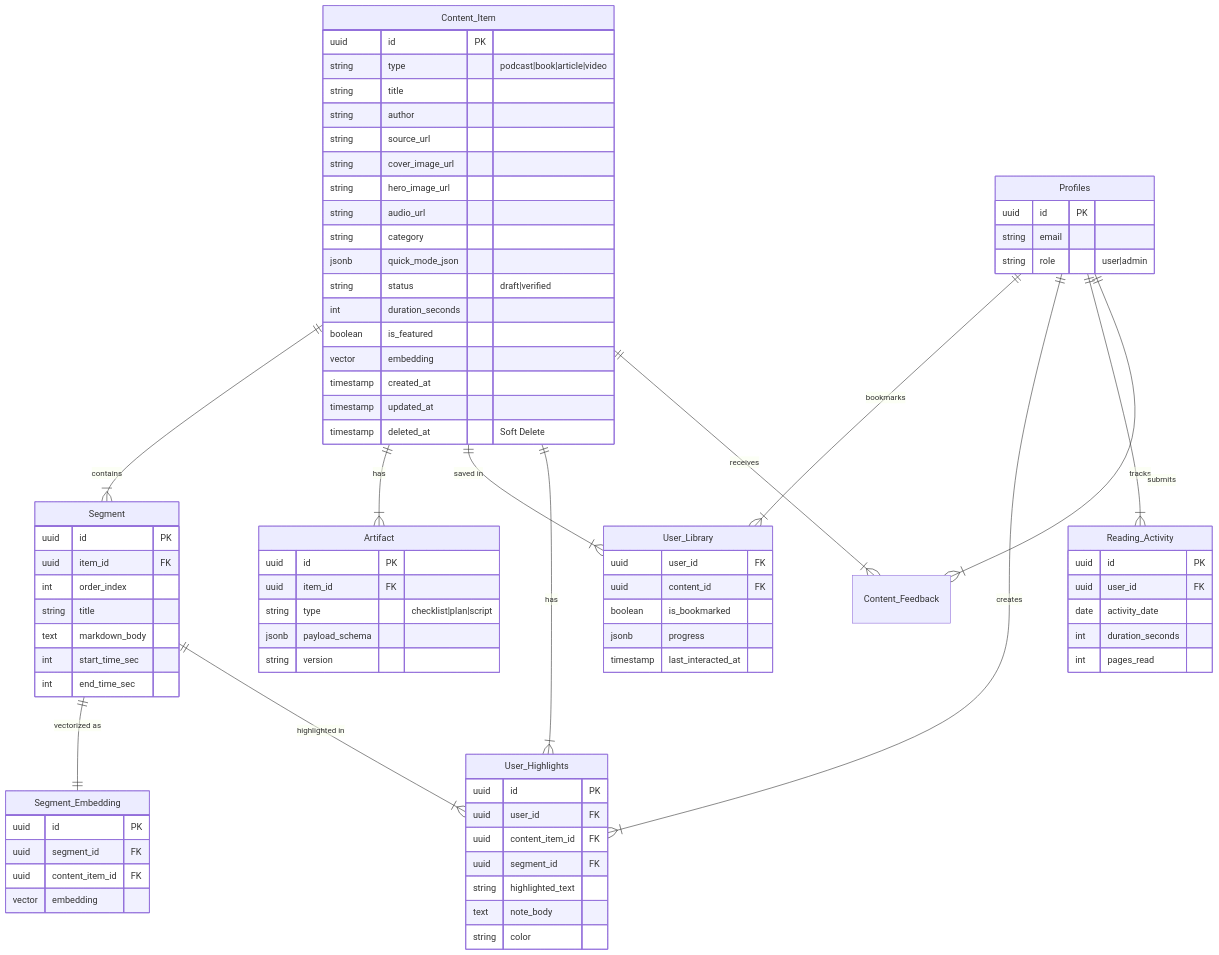
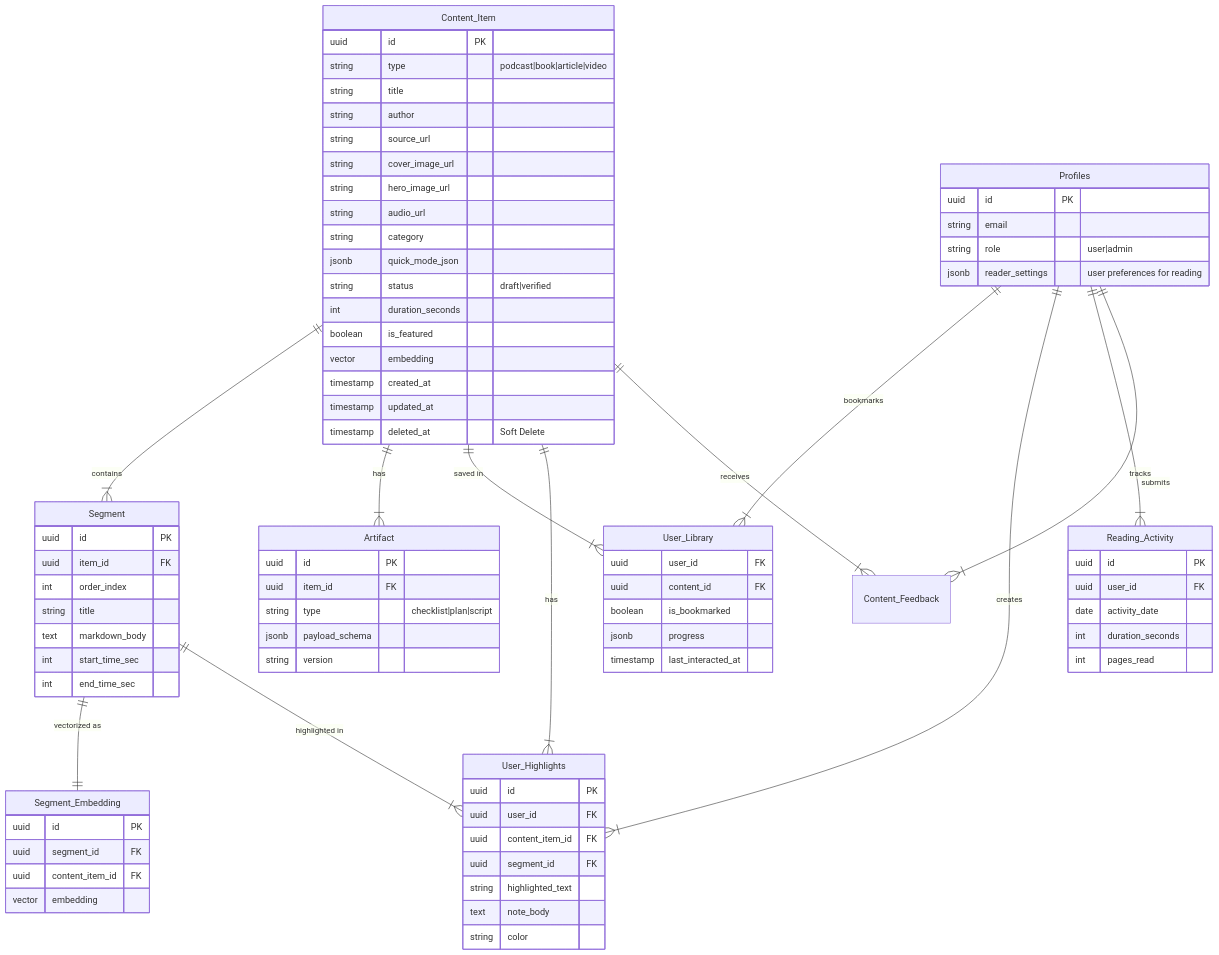
Before and after one commit to Jseow008/ThePlayBook: the diagram in docs/ARCHITECTURE.md, drawn with Mermaid. The commit also changed other lines of this file and 1 other file, not shown here.

Commit message:
docs: document reader experience enhancements

```diff
--- a/docs/ARCHITECTURE.md
+++ b/docs/ARCHITECTURE.md
@@ -129,6 +129,7 @@
         uuid id PK
         string email
         string role "user|admin"
+        jsonb reader_settings "user preferences for reading"
     }
 
     User_Library {
```
